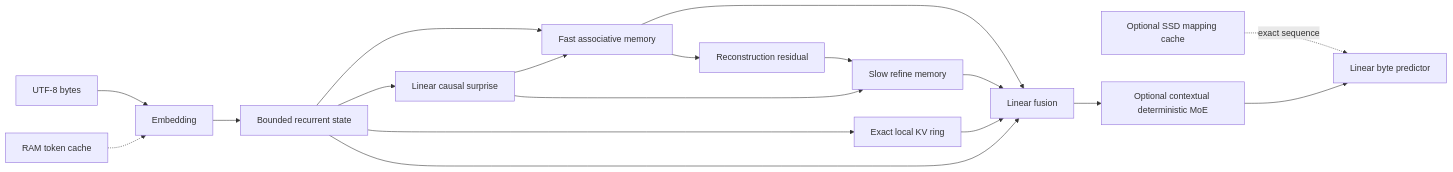
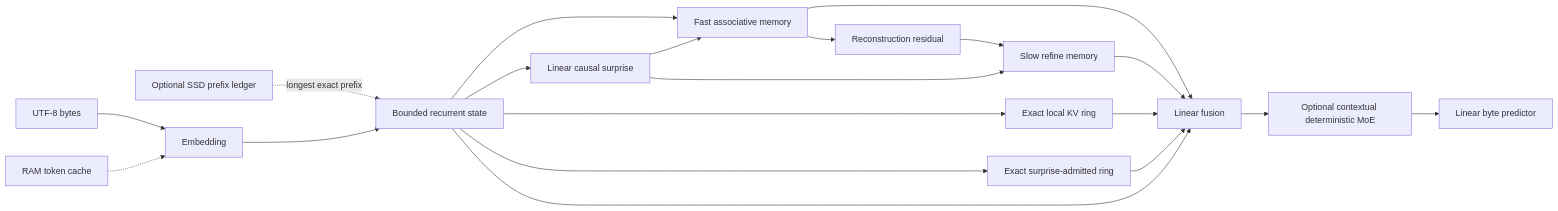
One commit to Koemi-AI/Koemi-3HIP changed the diagram in README.md. Above: the diagram before and after it, drawn with Mermaid. The commit also changed other lines of this file and 17 other files, not shown here.

````diff
--- a/README.md
+++ b/README.md
@@ -121,20 +124,22 @@
 ```mermaid
 flowchart LR
     Input[UTF-8 bytes] --> Embedding
     Warm[RAM token cache] -.-> Embedding
-    Disk[Optional SSD mapping cache] -. exact sequence .-> Output
+    Disk[Optional SSD prefix ledger] -. longest exact prefix .-> Recurrent
     Embedding --> Recurrent[Bounded recurrent state]
     Recurrent --> Fast[Fast associative memory]
     Fast --> Residual[Reconstruction residual]
     Residual --> Slow[Slow refine memory]
     Recurrent --> Local[Exact local KV ring]
+    Recurrent --> Salient[Exact surprise-admitted ring]
     Recurrent --> Surprise[Linear causal surprise]
     Surprise --> Fast
     Surprise --> Slow
     Fast --> Fusion[Linear fusion]
     Slow --> Fusion
     Local --> Fusion
+    Salient --> Fusion
     Recurrent --> Fusion
     Fusion --> MoE[Optional contextual deterministic MoE]
     MoE --> Output[Linear byte predictor]
 ```
````
